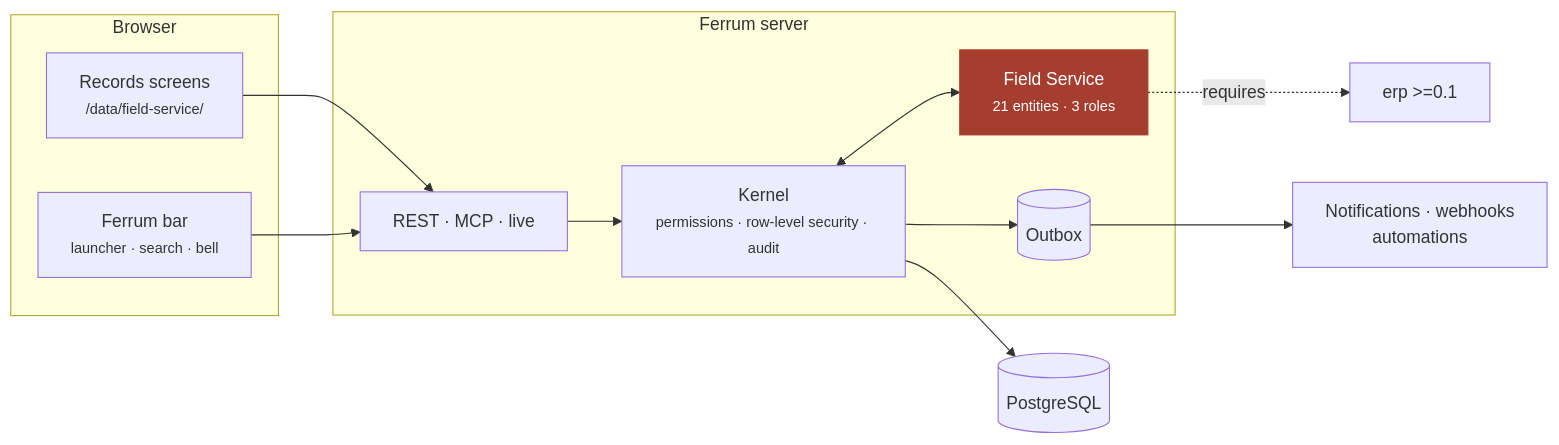
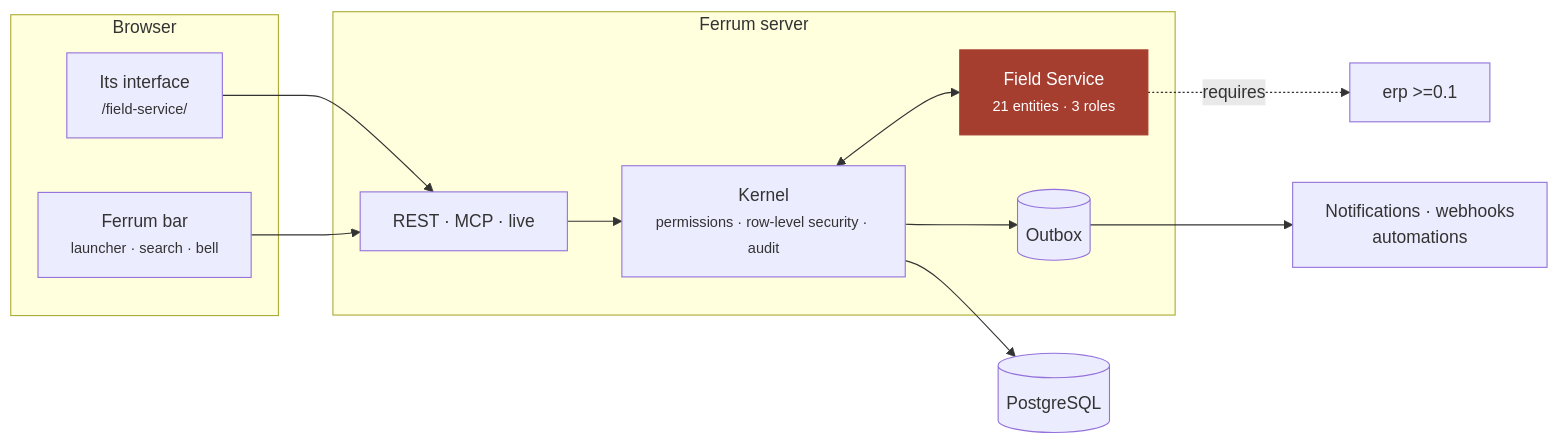
One commit to CBFerrum/ferrum-app-field-service changed the second of 3 diagrams in README.md. Above: the diagram before and after it, drawn with Mermaid. The commit also changed other lines of this file and 1 other file, not shown here.

Commit message:
Field Service 0.2.0: the changelog and the README say what the interface is

````diff
--- a/README.md
+++ b/README.md
@@ -117,21 +117,21 @@
 ```mermaid
 flowchart LR
     subgraph Browser
-        UI["Records screens<br/><small>/data/field-service/</small>"]
+        UI["Its interface<br/><small>/field-service/</small>"]
         BAR["Ferrum bar<br/><small>launcher · search · bell</small>"]
     end
     subgraph Server["Ferrum server"]
         API["REST · MCP · live"]
         K["Kernel<br/><small>permissions · row-level security · audit</small>"]
         APP["Field Service<br/><small>21 entities · 3 roles</small>"]
         OB[("Outbox")]
     end
     DB[("PostgreSQL")]
     UI --> API --> K --> DB
     BAR --> API
     K <--> APP
     K --> OB --> EV["Notifications · webhooks<br/>automations"]
     APP -. requires .-> D0["erp >=0.1"]
     classDef app fill:#a63e30,color:#fff,stroke:#a63e30
     class APP app
 ```
````
